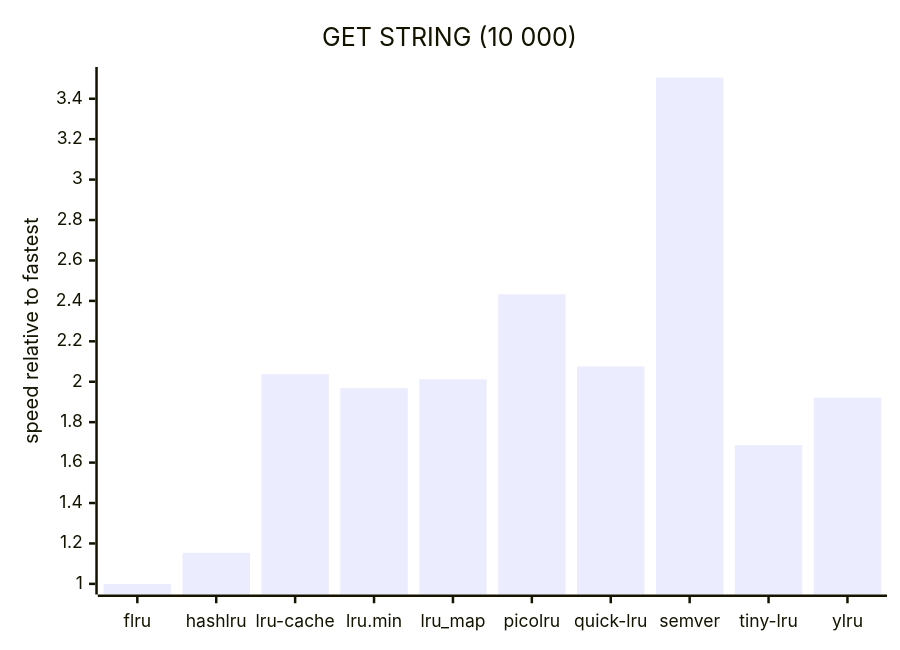
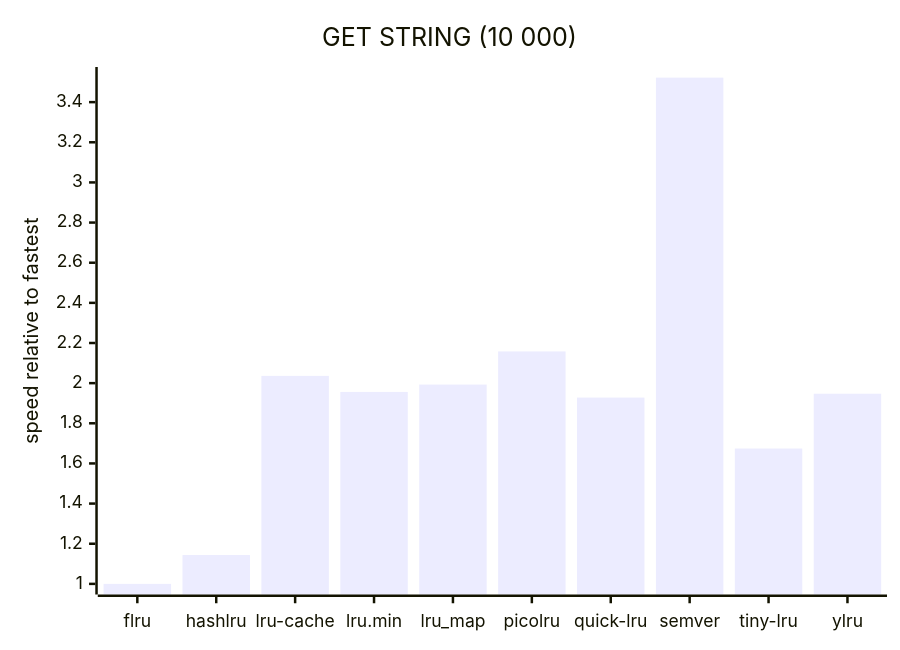
The ninth of 11 diagrams in README.md (beeequeue/bench-lru), drawn with Mermaid before and after one commit. The commit also changed other lines of this file, not shown here.

````diff
--- a/README.md
+++ b/README.md
@@ -117,7 +117,7 @@
 ```mermaid
 xychart-beta
   title "GET STRING (10 000)"
   x-axis ["flru", "hashlru", "lru-cache", "lru.min", "lru_map", "picolru", "quick-lru", "semver", "tiny-lru", "ylru"]
-  y-axis "speed relative to fastest" 1 --> 3.5045
-  bar [1, 1.1536, 2.0374, 1.9683, 2.0119, 2.4329, 2.0761, 3.5045, 1.6867, 1.9208]
+  y-axis "speed relative to fastest" 1 --> 3.5221
+  bar [1, 1.1437, 2.0363, 1.9562, 1.993, 2.158, 1.9281, 3.5221, 1.6742, 1.9473]
 ```
````
